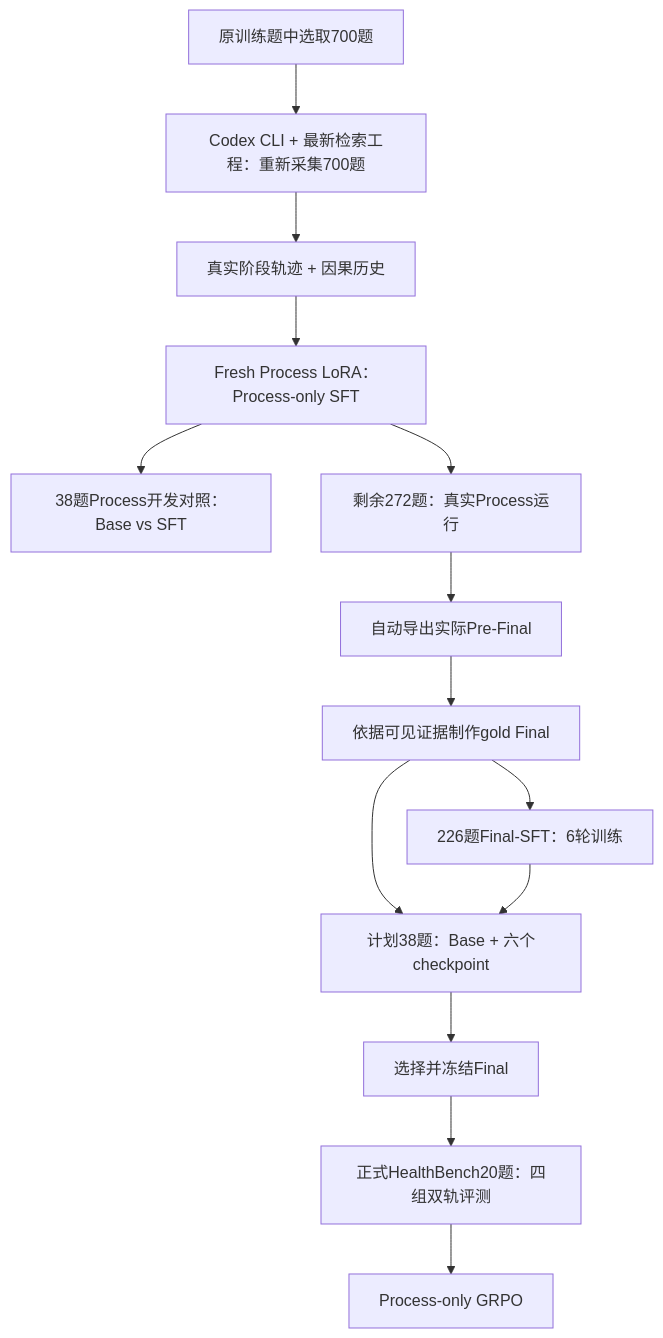
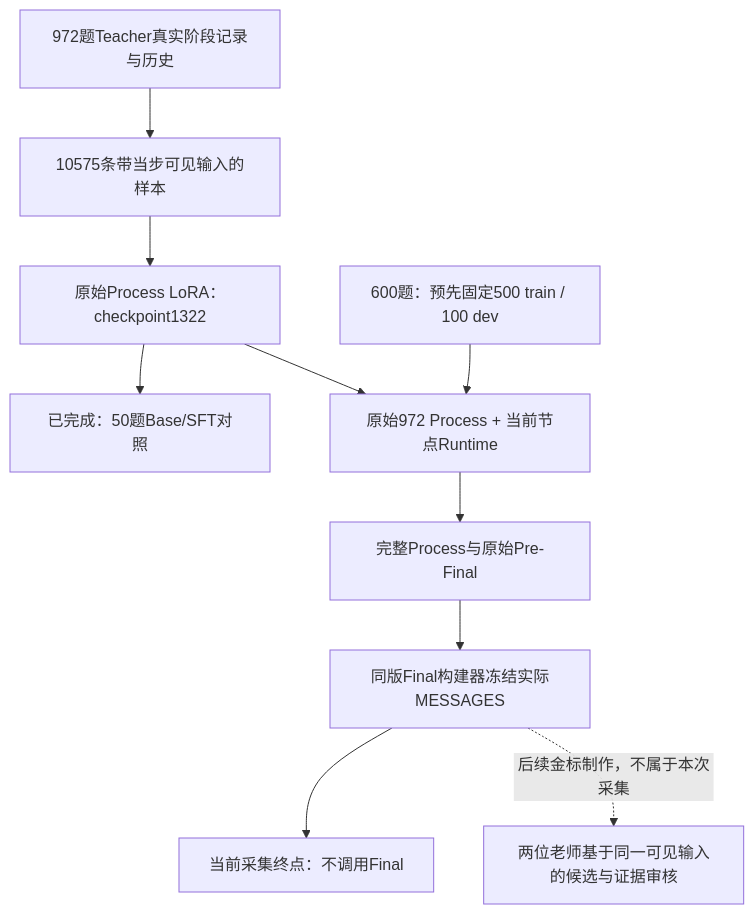
Before and after one commit to MaSunKing/medical-research-agent-grpo: the diagram in versions/process_final_sft/README.md, drawn with Mermaid. The commit also changed other lines of this file and 10 other files, not shown here.

Commit message:
docs: align version three and engineering diagrams with current Process runtime

````diff
--- a/versions/process_final_sft/README.md
+++ b/versions/process_final_sft/README.md
@@ -32,16 +42,12 @@
 ```mermaid
 flowchart TB
-    Q[原训练题中选取700题] --> CLI[Codex CLI + 最新检索工程：重新采集700题]
-    CLI --> T[真实阶段轨迹 + 因果历史]
-    T --> PS[Fresh Process LoRA：Process-only SFT]
-    PS --> PD[38题Process开发对照：Base vs SFT]
-    PS --> Collect[剩余272题：真实Process运行]
-    Collect --> Package[自动导出实际Pre-Final]
-    Package --> Gold[依据可见证据制作gold Final]
-    Gold --> FS[226题Final-SFT：6轮训练]
-    Gold --> FD[计划38题：Base + 六个checkpoint]
-    FS --> FD
-    FD --> Freeze[选择并冻结Final]
-    Freeze --> Test[正式HealthBench20题：四组双轨评测]
-    Test --> RL[Process-only GRPO]
+    T[972题Teacher真实阶段记录与历史] --> Steps[10575条带当步可见输入的样本]
+    Steps --> PS[原始Process LoRA：checkpoint1322]
+    PS --> Eval[已完成：50题Base/SFT对照]
+    Q[600题：预先固定500 train / 100 dev] --> Run[原始972 Process + 当前节点Runtime]
+    PS --> Run
+    Run --> Raw[完整Process与原始Pre-Final]
+    Raw --> Freeze[同版Final构建器冻结实际MESSAGES]
+    Freeze --> End[当前采集终点：不调用Final]
+    Freeze -. 后续金标制作，不属于本次采集 .-> Gold[两位老师基于同一可见输入的候选与证据审核]
 ```
````
